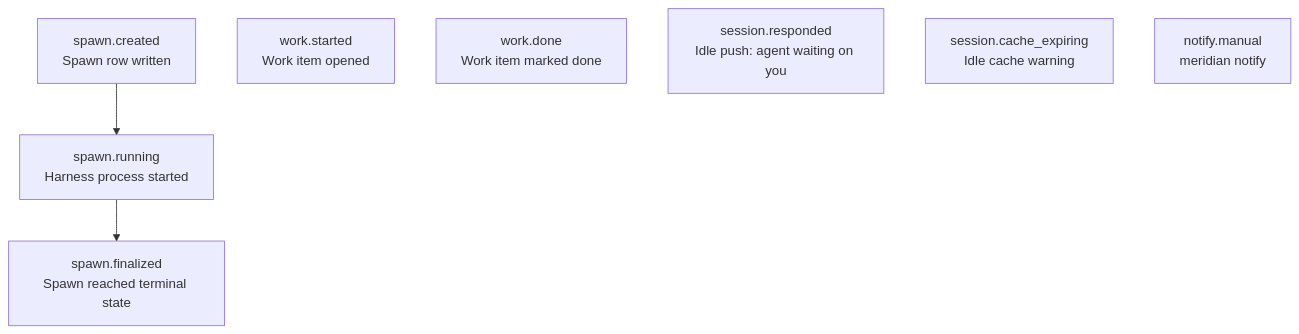
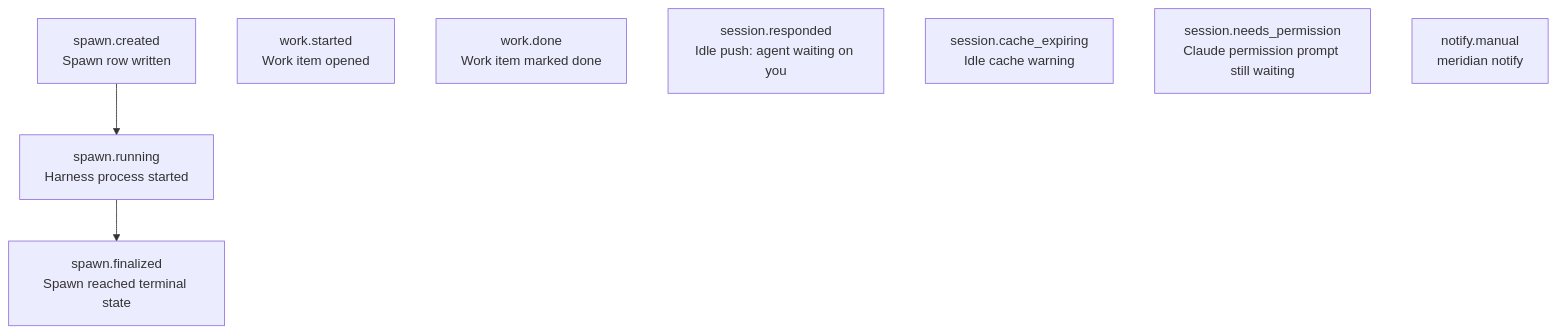
The diagram in kb/concepts/hooks-and-plugins.md (haowjy/meridian-cli-kb), drawn with Mermaid before and after one commit. The commit also changed other lines of this file and 5 other files, not shown here.

````diff
--- a/kb/concepts/hooks-and-plugins.md
+++ b/kb/concepts/hooks-and-plugins.md
@@ -39,12 +41,13 @@
 ```mermaid
 graph TD
     SPAWN_CREATED["spawn.created\nSpawn row written"] --> SPAWN_RUNNING["spawn.running\nHarness process started"]
     SPAWN_RUNNING --> SPAWN_FINALIZED["spawn.finalized\nSpawn reached terminal state"]
 
     WORK_START["work.started\nWork item opened"]
     WORK_DONE["work.done\nWork item marked done"]
 
     RESPONDED["session.responded\nIdle push: agent waiting on you"]
     CACHE["session.cache_expiring\nIdle cache warning"]
+    PERMISSION["session.needs_permission\nClaude permission prompt still waiting"]
     MANUAL["notify.manual\nmeridian notify"]
 ```
````
